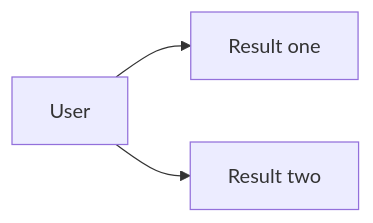
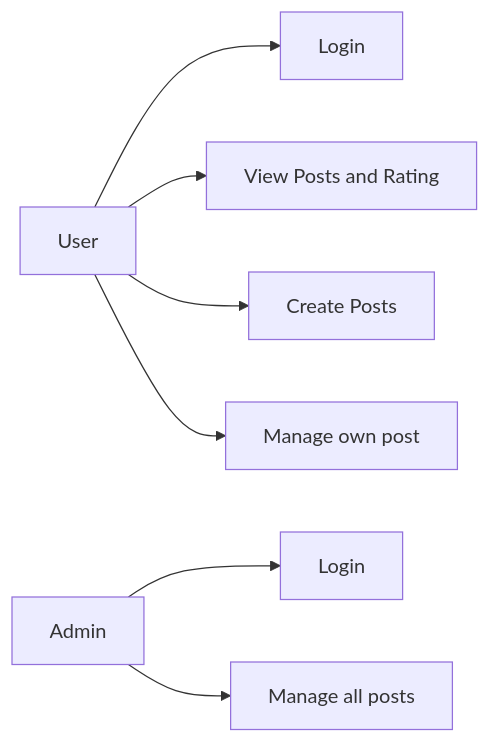
Before and after one commit to yanapatt/SkillLink-Website: the diagram in sprint1/README3.md, drawn with Mermaid. The commit also changed other lines of this file, not shown here.

Commit message:
Updated README3

```diff
--- a/sprint1/README3.md
+++ b/sprint1/README3.md
@@ -5,5 +5,10 @@
 :::mermaid
 graph LR;
-    User --> D[Result one]
-    User --> E[Result two]
+    User --> A[Login]
+    User --> B[View Posts and Rating]
+    User --> C[Create Posts]
+    User --> D[Manage own post]
+
+    Admin --> E[Login]
+    Admin --> F[Manage all posts]
 :::
```
